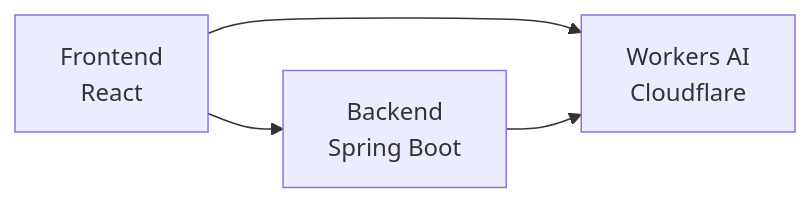
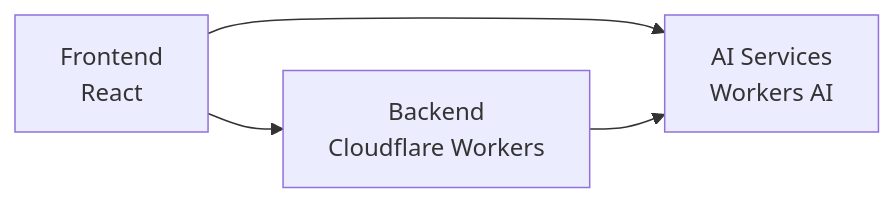
One commit to SWYP-STUDYMATE/STYDYMATE-CLIENT changed the diagram in docs/04-api/api-specification.md. Above: the diagram before and after it, drawn with Mermaid. The commit also changed other lines of this file and 113 other files, not shown here.

````diff
--- a/docs/04-api/api-specification.md
+++ b/docs/04-api/api-specification.md
@@ -10,6 +10,6 @@
 ```mermaid
 graph LR
-    CLIENT[Frontend<br/>React] --> BACKEND[Backend<br/>Spring Boot]
-    CLIENT --> WORKERS[Workers AI<br/>Cloudflare]
-    BACKEND --> WORKERS
+    CLIENT[Frontend<br/>React] --> API[Backend<br/>Cloudflare Workers]
+    CLIENT --> WORKERS[AI Services<br/>Workers AI]
+    API --> WORKERS
 ```
````
